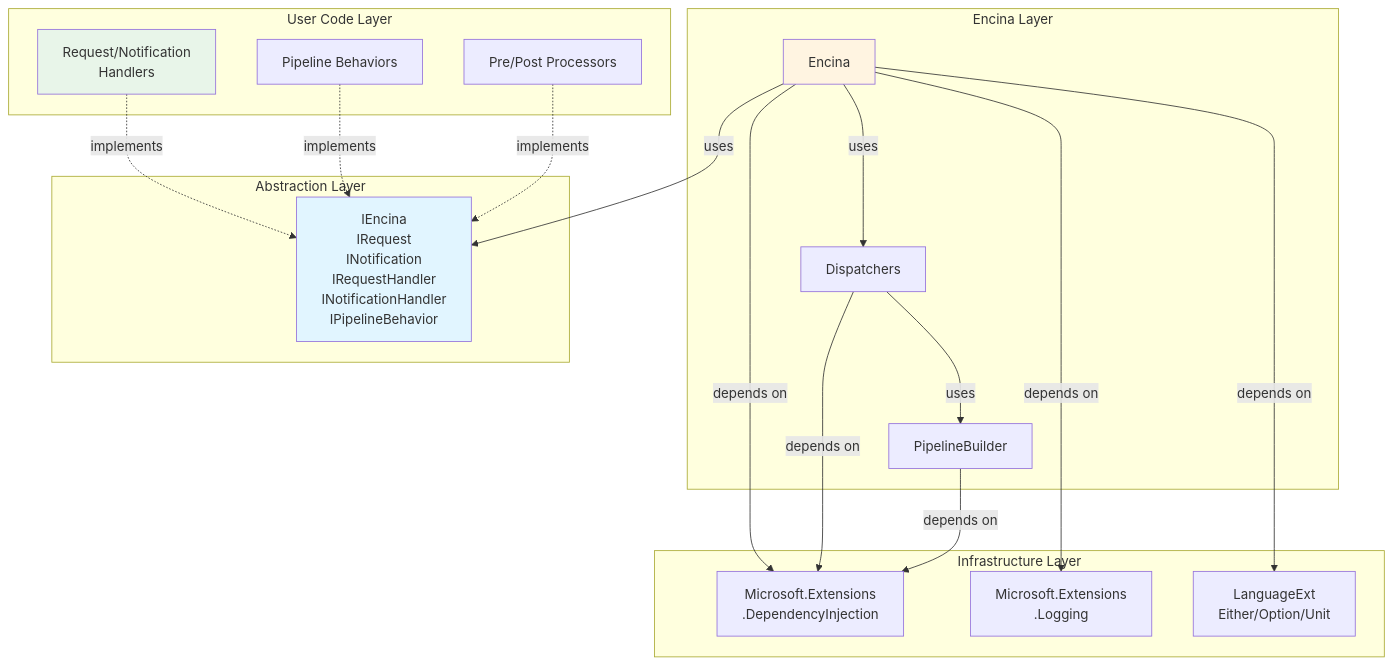
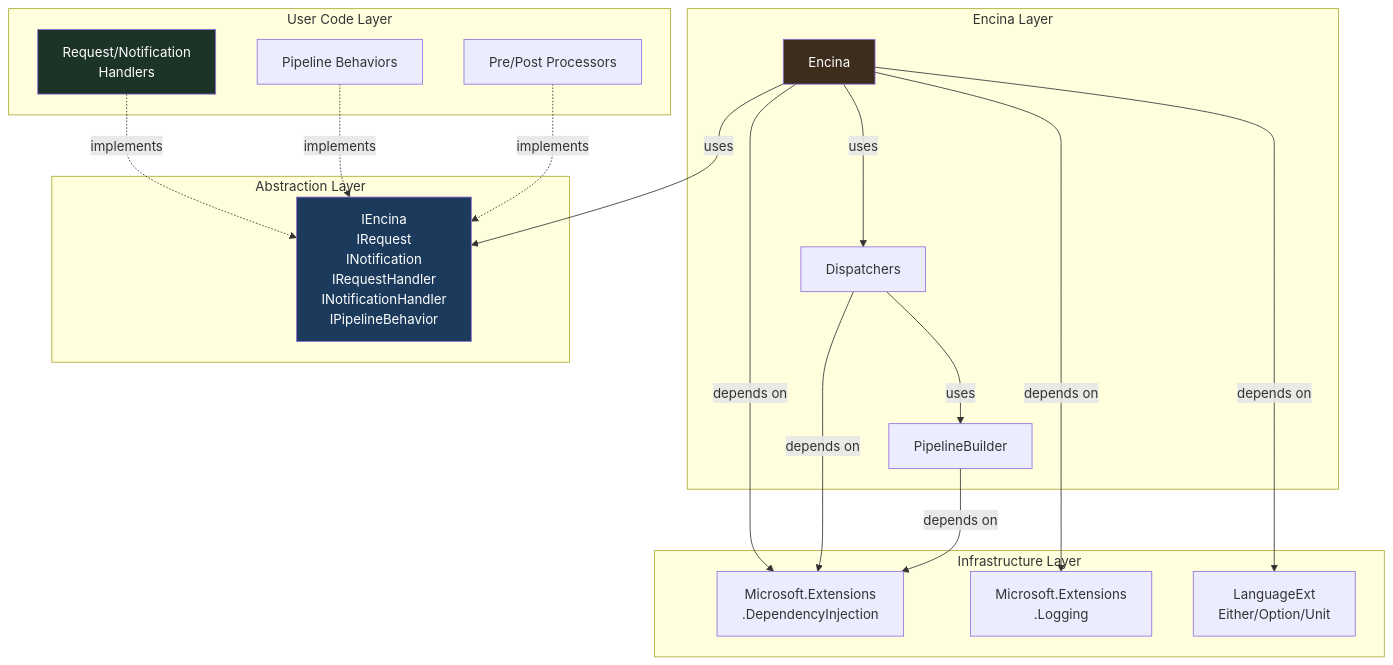
The seventh of 7 diagrams in docs/architecture/component-diagram.md (dlrivada/Encina), drawn with Mermaid before and after one commit. The commit also changed other lines of this file and 6 other files, not shown here.

First line of the commit message:
docs: replace hardcoded light-mode Mermaid colors with dark equivalents

````diff
--- a/docs/architecture/component-diagram.md
+++ b/docs/architecture/component-diagram.md
@@ -359,43 +359,43 @@
 ```mermaid
 graph TB
     subgraph "User Code Layer"
         Handlers[Request/Notification<br/>Handlers]
         Behaviors[Pipeline Behaviors]
         Processors[Pre/Post Processors]
     end
 
     subgraph "Encina Layer"
         Encina[Encina]
         Dispatchers[Dispatchers]
         Pipeline[PipelineBuilder]
     end
 
     subgraph "Abstraction Layer"
         Contracts[IEncina<br/>IRequest<br/>INotification<br/>IRequestHandler<br/>INotificationHandler<br/>IPipelineBehavior]
     end
 
     subgraph "Infrastructure Layer"
         DI[Microsoft.Extensions<br/>.DependencyInjection]
         Logging[Microsoft.Extensions<br/>.Logging]
         LanguageExt[LanguageExt<br/>Either/Option/Unit]
     end
 
     Handlers -.->|implements| Contracts
     Behaviors -.->|implements| Contracts
     Processors -.->|implements| Contracts
 
     Encina -->|uses| Contracts
     Encina -->|uses| Dispatchers
     Dispatchers -->|uses| Pipeline
 
     Encina -->|depends on| DI
     Encina -->|depends on| Logging
     Encina -->|depends on| LanguageExt
 
     Dispatchers -->|depends on| DI
     Pipeline -->|depends on| DI
 
-    style Contracts fill:#e1f5ff
-    style Handlers fill:#e8f5e9
-    style Encina fill:#fff4e1
+    style Contracts fill:#1c3a5c,color:#fff
+    style Handlers fill:#1c3328,color:#fff
+    style Encina fill:#3d2d1c,color:#fff
 ```
````
